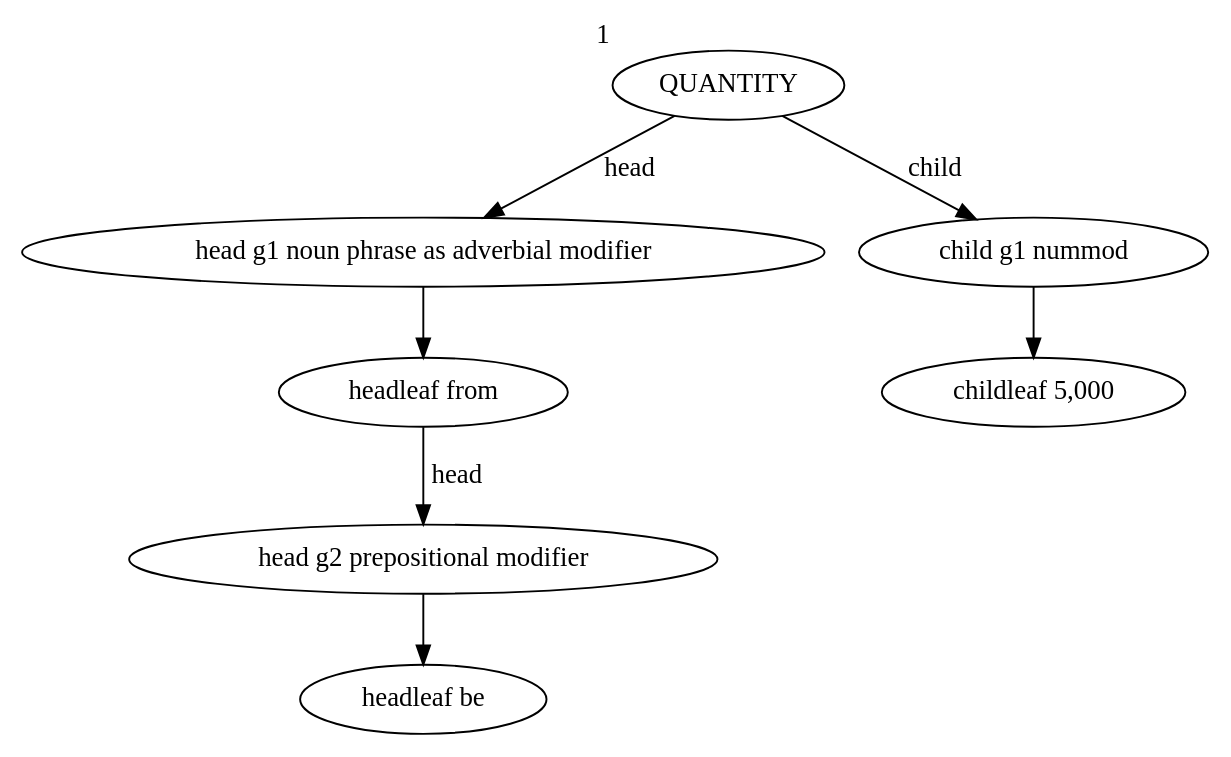
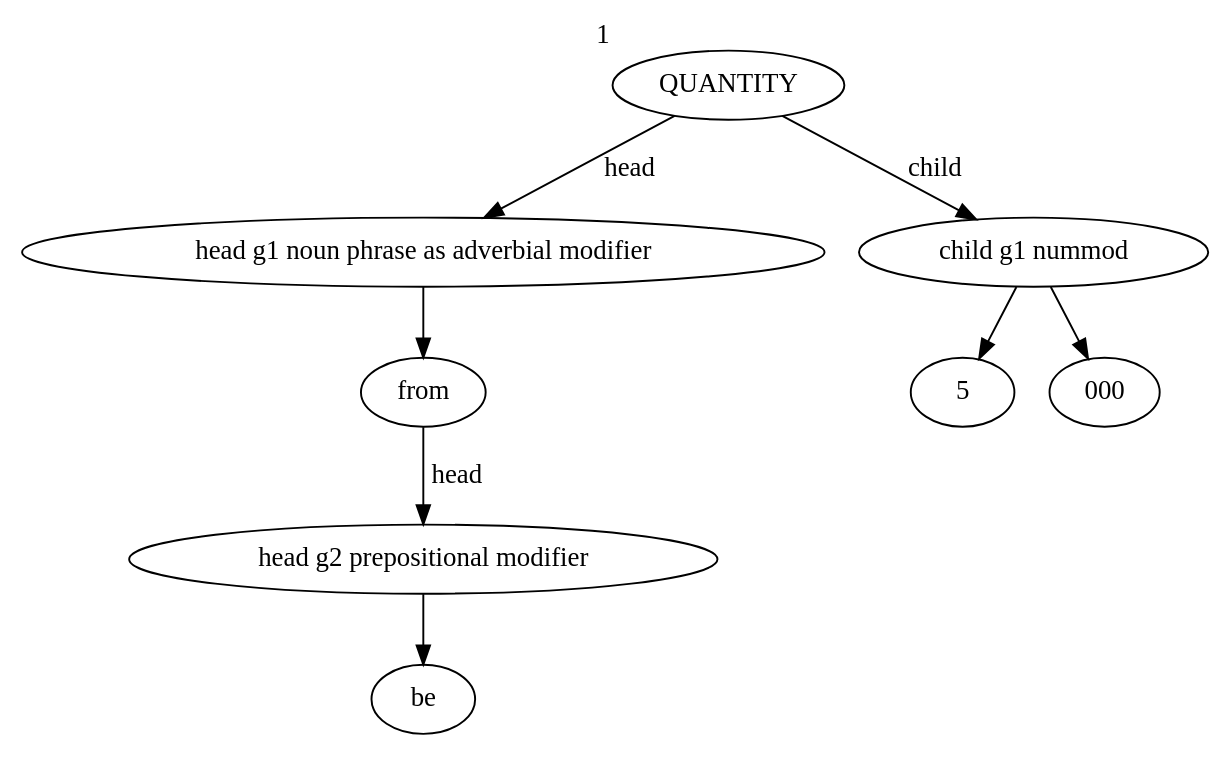
Before and after one commit to danrasband/w266-final-project: the diagram in ontonotes_graphing/NER_Type_Graphs/G_QUANTITY.dot, drawn with Graphviz. The commit also changed 75 other files, not shown here.

```diff
--- a/ontonotes_graphing/NER_Type_Graphs/G_QUANTITY.dot
+++ b/ontonotes_graphing/NER_Type_Graphs/G_QUANTITY.dot
@@ -1,15 +1,15 @@
 strict digraph  {
 QUANTITY [weight=1, xlabel=1];
 "head g1 noun phrase as adverbial modifier" [weight=1, lp="-0.6931471805599453"];
-"headleaf from" [weight=1, lp="0.0"];
+from [weight=1, lp="0.0"];
 "child g1 nummod" [weight=1, lp="-0.6931471805599453"];
-"childleaf 5,000" [weight=1, lp="0.0"];
+5,000 [weight=1, lp="0.0"];
 "head g2 prepositional modifier" [weight=1, lp="0.0"];
-"headleaf be" [weight=1, lp="0.0"];
+be [weight=1, lp="0.0"];
 QUANTITY -> "head g1 noun phrase as adverbial modifier"  [label=head];
 QUANTITY -> "child g1 nummod"  [label=child];
-"head g1 noun phrase as adverbial modifier" -> "headleaf from";
-"headleaf from" -> "head g2 prepositional modifier"  [label=head];
-"child g1 nummod" -> "childleaf 5,000";
-"head g2 prepositional modifier" -> "headleaf be";
+"head g1 noun phrase as adverbial modifier" -> from;
+from -> "head g2 prepositional modifier"  [label=head];
+"child g1 nummod" -> 5,000;
+"head g2 prepositional modifier" -> be;
 }
```
